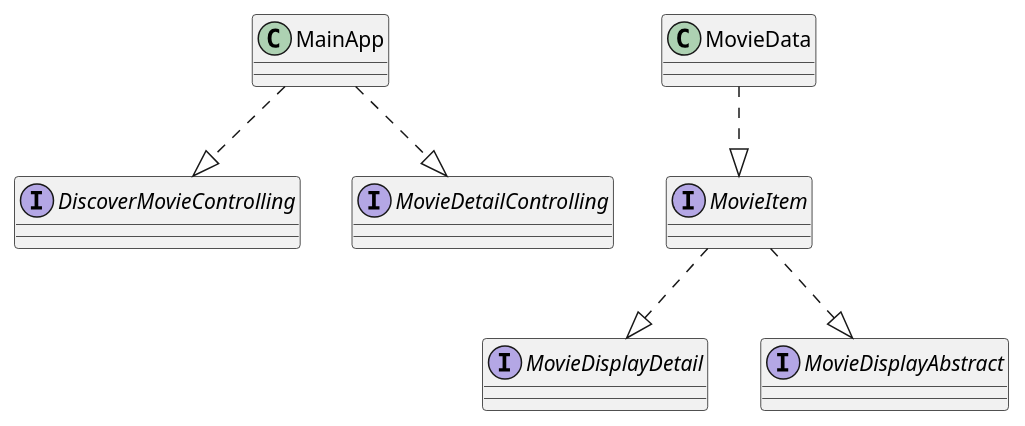
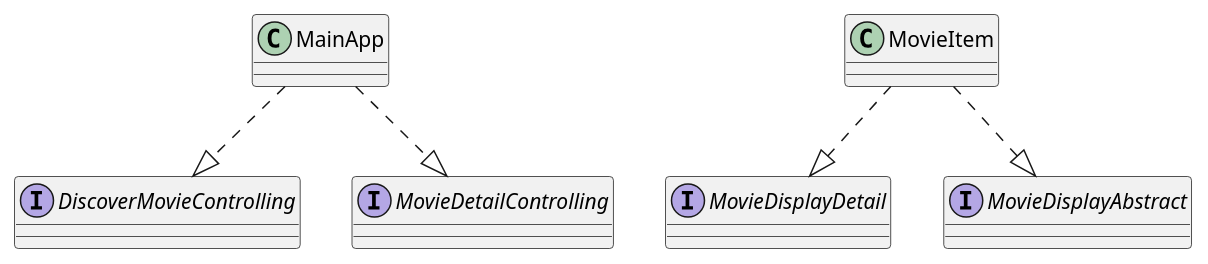
Before and after one commit to willsbor/CinemaForYou: the third of 4 diagrams in README.md, drawn with PlantUML. The commit also changed other lines of this file and 2 other files, not shown here.

Commit message:
update class diagram

````diff
--- a/README.md
+++ b/README.md
@@ -153,17 +158,17 @@
 ```puml
 skinparam classAttributeIconSize 0
 
 interface DiscoverMovieControlling
 interface MovieDetailControlling
-interface MovieItem
+class MovieItem
 interface MovieDisplayDetail
 interface MovieDisplayAbstract
 
 MainApp ..|> DiscoverMovieControlling
 MainApp ..|> MovieDetailControlling
 
 MovieItem ..|> MovieDisplayDetail
 MovieItem ..|> MovieDisplayAbstract
-MovieData ..|> MovieItem
+
 
 ```
````
